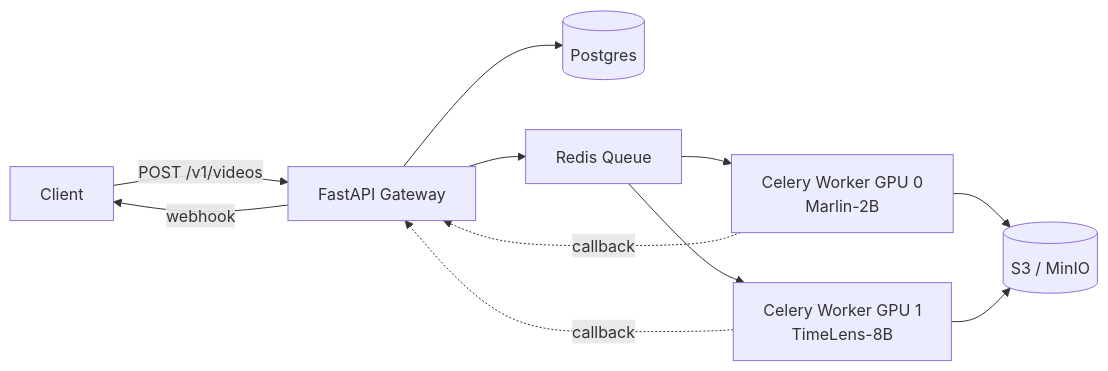
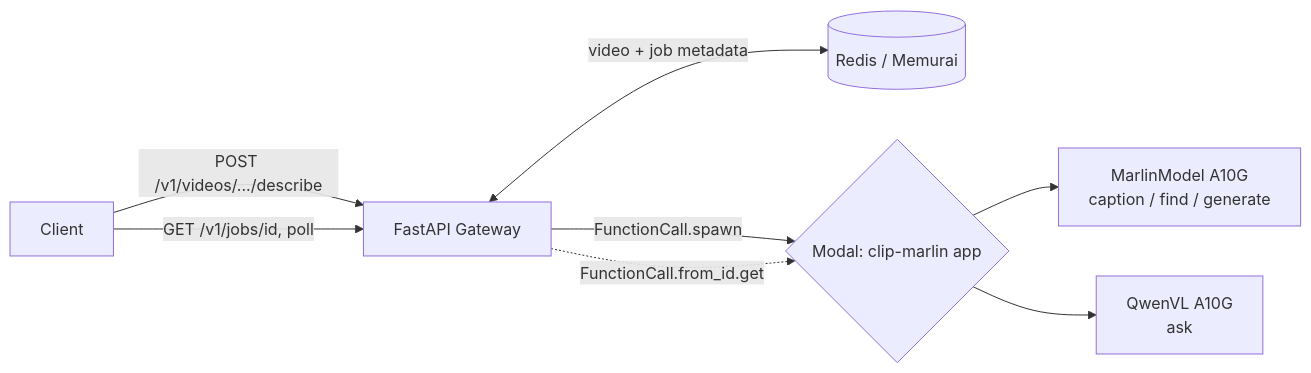
Before and after one commit to Shadwaan/clip: the diagram in README.md, drawn with Mermaid. The commit also changed other lines of this file, not shown here.

First line of the commit message:
Update README to match shipped architecture

````diff
--- a/README.md
+++ b/README.md
@@ -30,13 +25,10 @@
 ```mermaid
 graph LR
-    A[Client] -->|POST /v1/videos| B[FastAPI Gateway]
-    B --> C[(Postgres)]
-    B --> D[Redis Queue]
-    D --> E[Celery Worker GPU 0<br/>Marlin-2B]
-    D --> F[Celery Worker GPU 1<br/>TimeLens-8B]
-    E --> G[(S3 / MinIO)]
-    F --> G
-    E -.callback.-> B
-    F -.callback.-> B
-    B -->|webhook| A
+    A[Client] -->|POST /v1/videos/.../describe| B[FastAPI Gateway]
+    A -->|GET /v1/jobs/id, poll| B
+    B <-->|video + job metadata| C[(Redis / Memurai)]
+    B -->|FunctionCall.spawn| D{Modal: clip-marlin app}
+    B -.->|FunctionCall.from_id.get| D
+    D --> E[MarlinModel A10G<br/>caption / find / generate]
+    D --> F[QwenVL A10G<br/>ask]
 ```
````
